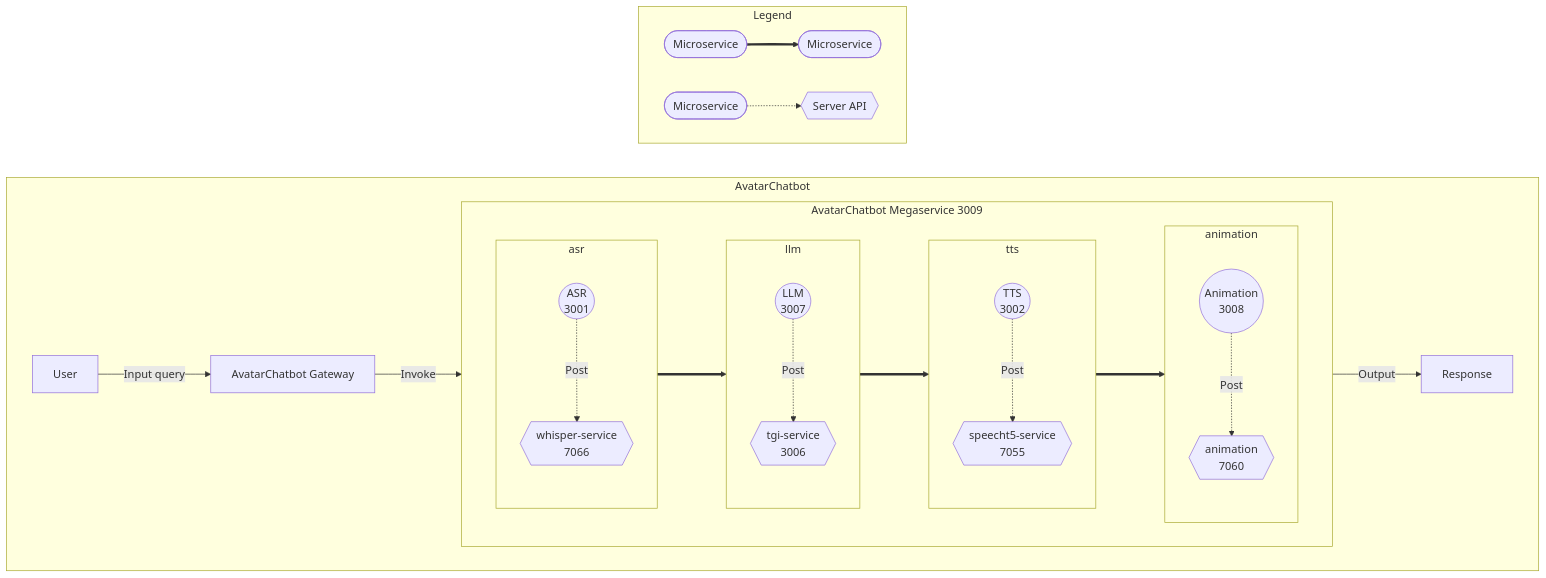
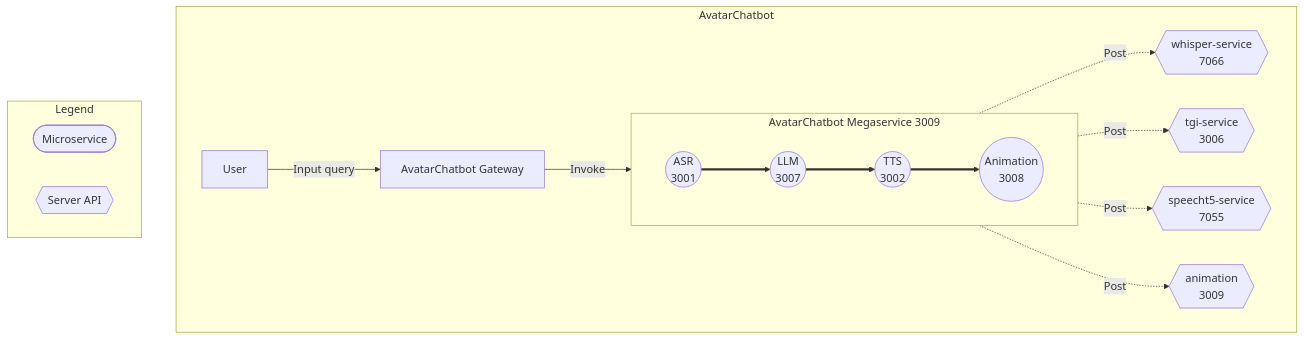
One commit to opea-project/docs changed the second of 2 diagrams in community/rfcs/24-08-02-OPEA-AIAvatarChatbot.md. Above: the diagram before and after it, drawn with Mermaid. The commit also changed other lines of this file, not shown here.

Commit message:
update flowcharts

````diff
--- a/community/rfcs/24-08-02-OPEA-AIAvatarChatbot.md
+++ b/community/rfcs/24-08-02-OPEA-AIAvatarChatbot.md
@@ -106,34 +111,29 @@
 ```mermaid
-flowchart LR
+flowchart TB
     subgraph AvatarChatbot
         direction LR
         A[User] --> |Input query| B[AvatarChatbot Gateway]
         B --> |Invoke| Megaservice
         subgraph Megaservice["AvatarChatbot Megaservice 3009"]
             direction LR
-            subgraph asr
-                direction TB
-                C((ASR<br>3001)) -. Post .-> D{{whisper-service<br>7066}}
-            end
-            subgraph llm
-                direction TB
-                E((LLM<br>3007)) -. Post .-> F{{tgi-service<br>3006}}
-            end
-            subgraph tts
-                direction TB
-                G((TTS<br>3002)) -. Post .-> H{{speecht5-service<br>7055}}
-            end
-            subgraph animation
-                direction TB
-                I((Animation<br>3008)) -. Post .-> J{{animation<br>7060}}
-            end
-            asr ==> llm ==> tts ==> animation
+            C((ASR<br>3001))
+            E((LLM<br>3007))
+            G((TTS<br>3002))
+            I((Animation<br>3008))
+            C ==> E ==> G ==> I
         end
-        Megaservice --> |Output| K[Response]
+        D{{whisper-service<br>7066}}
+        F{{tgi-service<br>3006}}
+        H{{speecht5-service<br>7055}}
+        J{{animation<br>3009}}
+        C -. Post .-> D
+        E -. Post .-> F
+        G -. Post .-> H
+        I -. Post .-> J
     end
     subgraph Legend
         direction LR
-        L([Microservice]) ==> M([Microservice])
-        N([Microservice]) -.-> O{{Server API}}
+        L([Microservice]) 
+        N{{Server API}} 
     end
 ```
````
